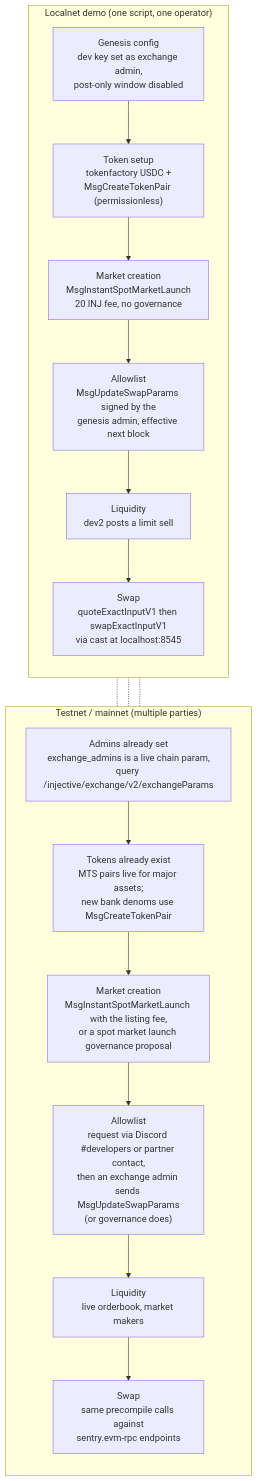
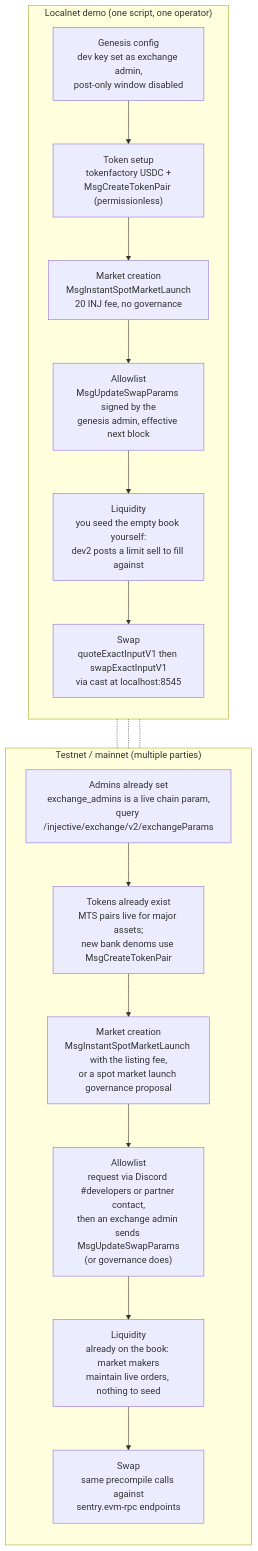
The diagram in examples/swap-precompile/README.md (InjectiveLabs/inj-examples), drawn with Mermaid before and after one commit.

Commit message:
Clarify diagram

````diff
--- a/examples/swap-precompile/README.md
+++ b/examples/swap-precompile/README.md
@@ -74,26 +74,26 @@
 ```mermaid
 flowchart TB
     subgraph DEMO["Localnet demo (one script, one operator)"]
         direction TB
         D1["Genesis config<br/>dev key set as exchange admin,<br/>post-only window disabled"]
         D2["Token setup<br/>tokenfactory USDC +<br/>MsgCreateTokenPair (permissionless)"]
         D3["Market creation<br/>MsgInstantSpotMarketLaunch<br/>20 INJ fee, no governance"]
         D4["Allowlist<br/>MsgUpdateSwapParams signed by the<br/>genesis admin, effective next block"]
-        D5["Liquidity<br/>dev2 posts a limit sell"]
+        D5["Liquidity<br/>you seed the empty book yourself:<br/>dev2 posts a limit sell to fill against"]
         D6["Swap<br/>quoteExactInputV1 then swapExactInputV1<br/>via cast at localhost:8545"]
         D1 --> D2 --> D3 --> D4 --> D5 --> D6
     end
     subgraph LIVE["Testnet / mainnet (multiple parties)"]
         direction TB
         L1["Admins already set<br/>exchange_admins is a live chain param,<br/>query /injective/exchange/v2/exchangeParams"]
         L2["Tokens already exist<br/>MTS pairs live for major assets;<br/>new bank denoms use MsgCreateTokenPair"]
         L3["Market creation<br/>MsgInstantSpotMarketLaunch with the listing fee,<br/>or a spot market launch governance proposal"]
         L4["Allowlist<br/>request via Discord #developers or partner contact,<br/>then an exchange admin sends MsgUpdateSwapParams<br/>(or governance does)"]
-        L5["Liquidity<br/>live orderbook, market makers"]
+        L5["Liquidity<br/>already on the book: market makers<br/>maintain live orders, nothing to seed"]
         L6["Swap<br/>same precompile calls against<br/>sentry.evm-rpc endpoints"]
         L1 --> L2 --> L3 --> L4 --> L5 --> L6
     end
     D1 -.- L1
     D3 -.- L3
     D4 -.- L4
 ```
````
